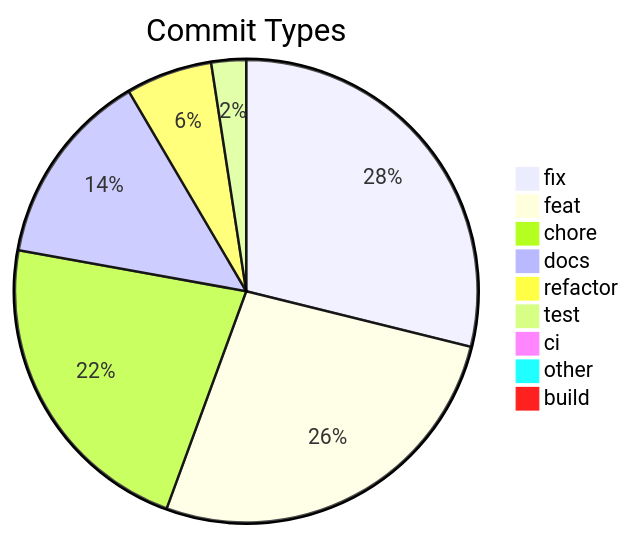
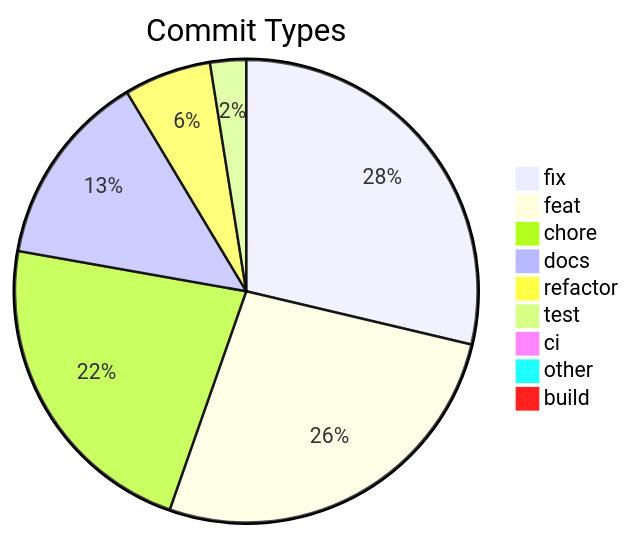
Before and after one commit to svenroth-ai/shipwright: the diagram in .shipwright/compliance/change-history.md, drawn with Mermaid. The commit also changed other lines of this file and 37 other files, not shown here.

````diff
--- a/.shipwright/compliance/change-history.md
+++ b/.shipwright/compliance/change-history.md
@@ -8,12 +8,12 @@
 ```mermaid
 pie title Commit Types
     "fix" : 297
-    "feat" : 275
-    "chore" : 229
+    "feat" : 276
+    "chore" : 232
     "docs" : 141
-    "refactor" : 62
-    "test" : 25
+    "refactor" : 63
+    "test" : 26
     "ci" : 7
     "other" : 7
     "build" : 1
 ```
````
